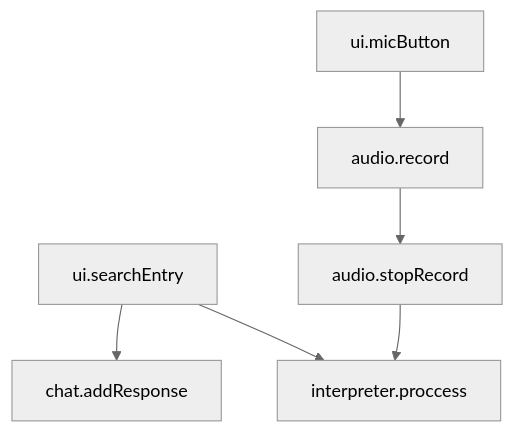
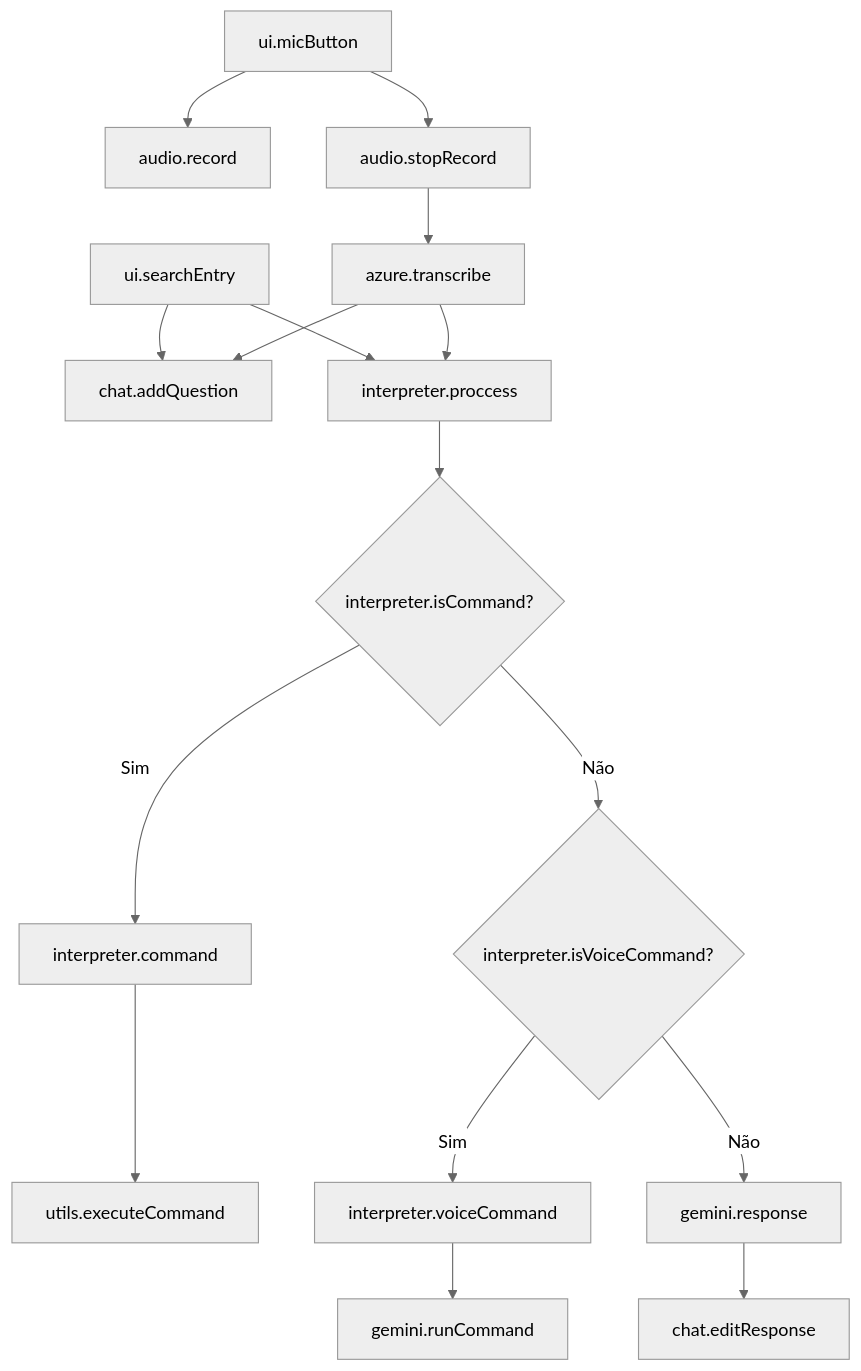
Before and after one commit to hermannhahn/aiva: the diagram in Markdown.md, drawn with Mermaid (neutral theme). The commit also changed 1 other file, not shown here.

````diff
--- a/Markdown.md
+++ b/Markdown.md
@@ -1,8 +1,22 @@
 ```mermaid
 graph TD
-    A[ui.searchEntry] --> C[chat.addResponse]
-    A --> D[interpreter.proccess]
-    B[ui.micButton] --> E[audio.record]
-    E --> F[audio.stopRecord]
-    F --> D
+    %% Entradas principais
+    A[ui.searchEntry] --> B[chat.addQuestion]
+    A --> C[interpreter.proccess]
+
+    D[ui.micButton] --> E[audio.record]
+    D --> F[audio.stopRecord]
+
+    %% Fluxo de processamento de áudio
+    F --> G[azure.transcribe]
+    G --> B
+    G --> C
+
+    %% Fluxo de interpretação
+    C --> H{interpreter.isCommand?}
+    H -- Sim --> I[interpreter.command] --> J[utils.executeCommand]
+    H -- Não --> K{interpreter.isVoiceCommand?}
+
+    K -- Sim --> L[interpreter.voiceCommand] --> M[gemini.runCommand]
+    K -- Não --> N[gemini.response] --> O[chat.editResponse]
 ```
````
